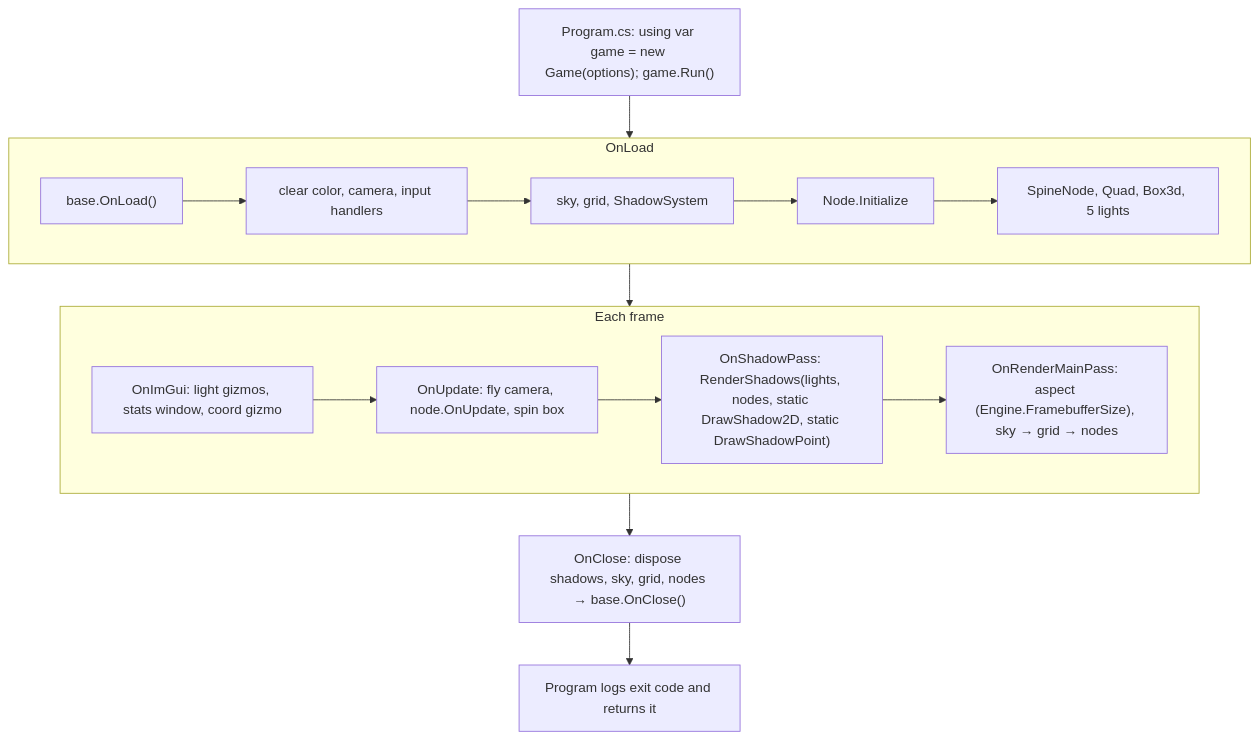
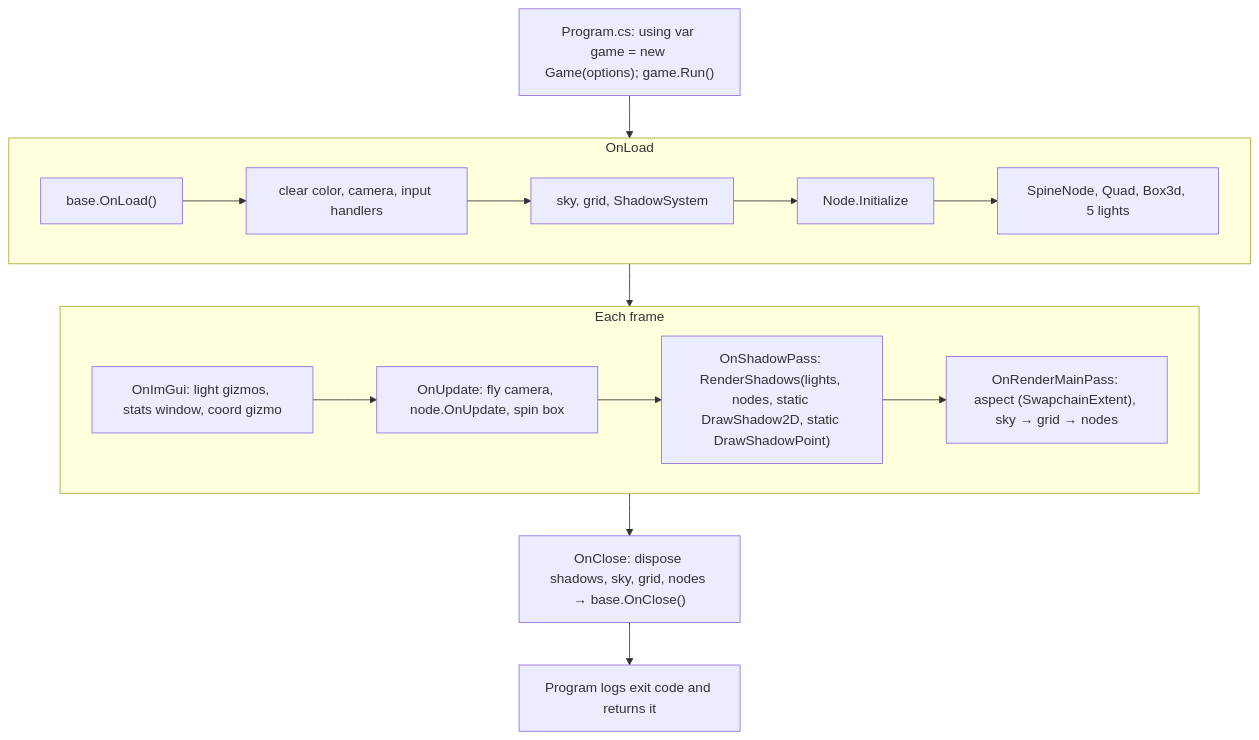
The diagram in docs/design/sandbox.md (Mainframe-Games/mainframe-engine), drawn with Mermaid before and after one commit. The commit also changed other lines of this file and 23 other files, not shown here.

````diff
--- a/docs/design/sandbox.md
+++ b/docs/design/sandbox.md
@@ -48,16 +48,16 @@
 ```mermaid
 flowchart TD
     P["Program.cs: using var game = new Game(options); game.Run()"] --> L
     subgraph L["OnLoad"]
         L1["base.OnLoad()"] --> L2["clear color, camera, input handlers"]
         L2 --> L3["sky, grid, ShadowSystem"] --> L4["Node.Initialize"] --> L5["SpineNode, Quad, Box3d, 5 lights"]
     end
     L --> F
     subgraph F["Each frame"]
         F1["OnImGui: light gizmos, stats window, coord gizmo"] --> F2["OnUpdate: fly camera, node.OnUpdate, spin box"]
         F2 --> F3["OnShadowPass: RenderShadows(lights, nodes, static DrawShadow2D, static DrawShadowPoint)"]
-        F3 --> F4["OnRenderMainPass: aspect (Engine.FramebufferSize), sky → grid → nodes"]
+        F3 --> F4["OnRenderMainPass: aspect (SwapchainExtent), sky → grid → nodes"]
     end
     F --> C["OnClose: dispose shadows, sky, grid, nodes → base.OnClose()"]
     C --> X["Program logs exit code and returns it"]
 ```
````
